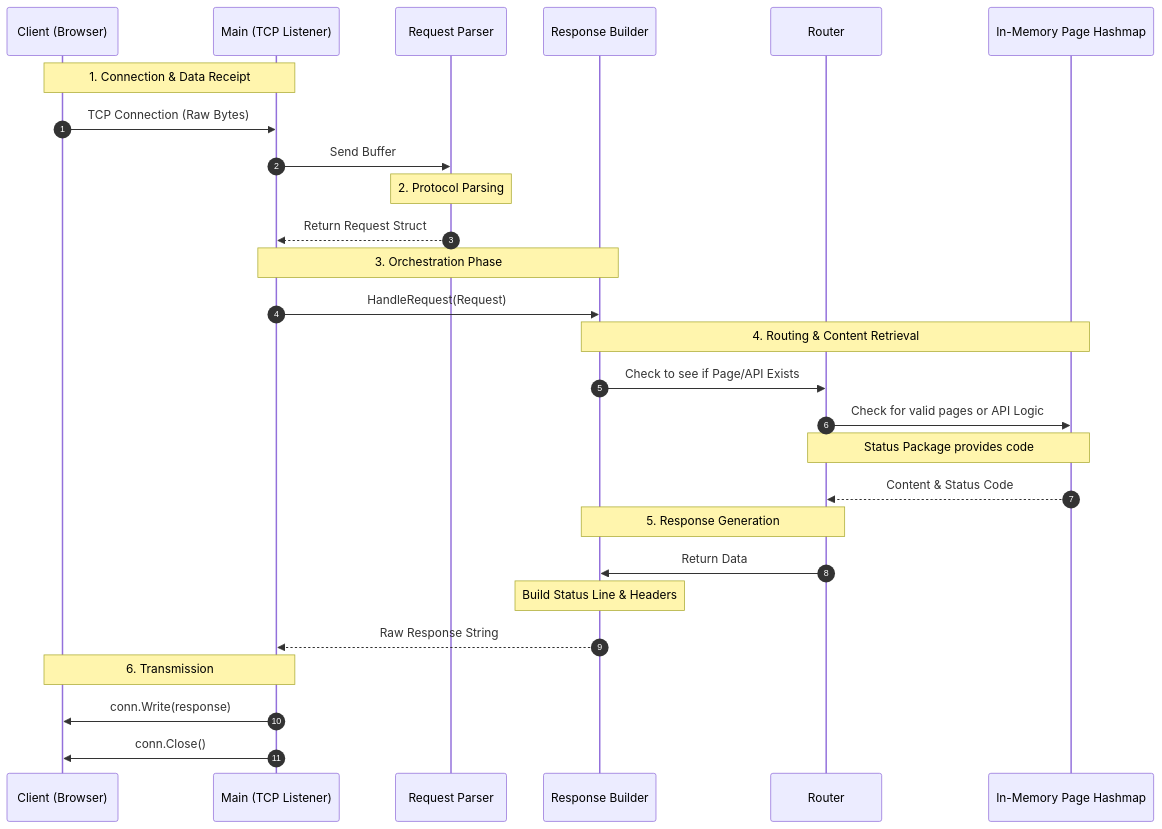
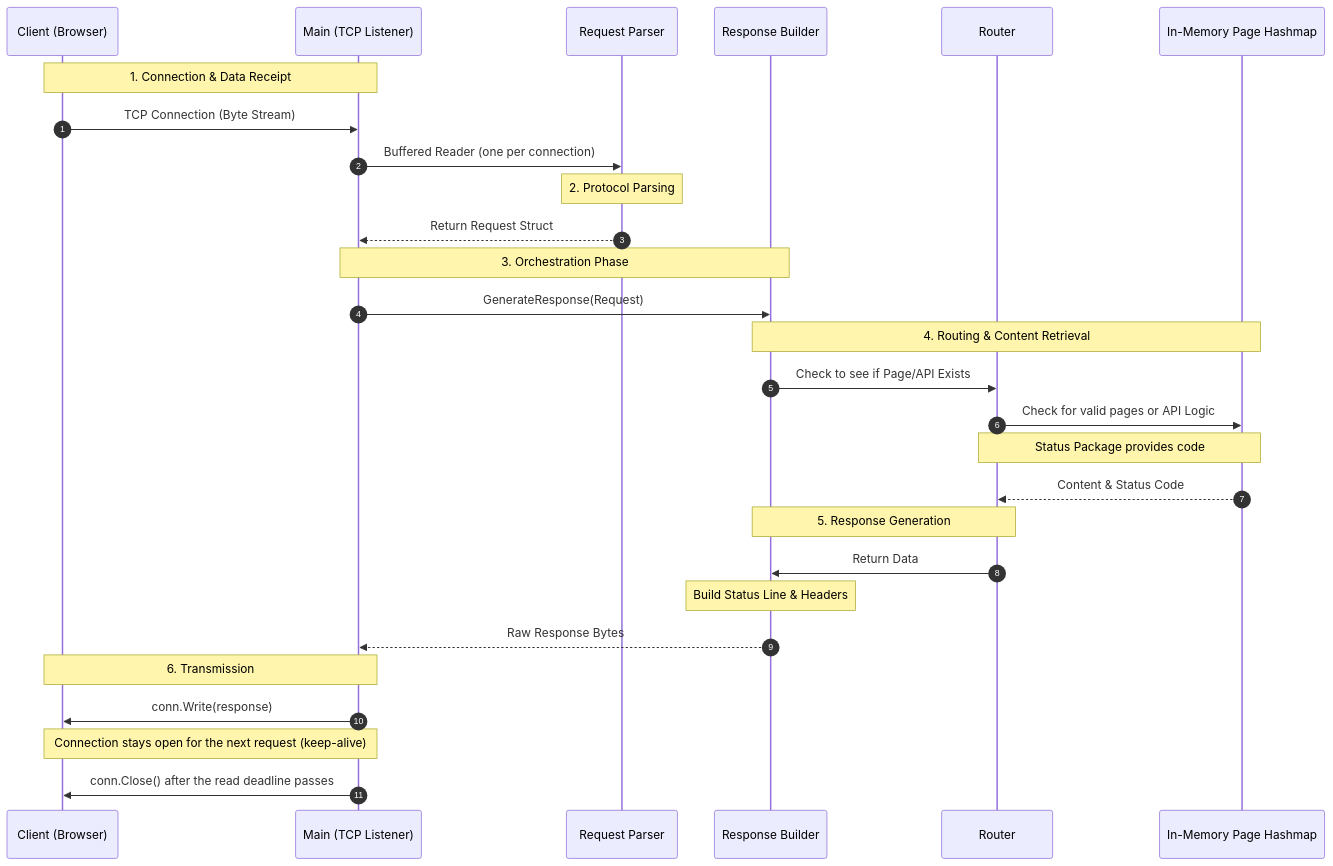
The first of 2 diagrams in README.md (Douty/HTTP_SERVER), drawn with Mermaid before and after one commit. The commit also changed other lines of this file, not shown here.

````diff
--- a/README.md
+++ b/README.md
@@ -91,36 +92,37 @@
 ```mermaid
 sequenceDiagram
     autonumber
     participant Browser as Client (Browser)
     participant Main as Main (TCP Listener)
     participant Parser as Request Parser
     participant Resp as Response Builder
     participant Router as Router
     participant Pagemap as In-Memory Page Hashmap 
 
     Note over Browser, Main: 1. Connection & Data Receipt
-    Browser->>Main: TCP Connection (Raw Bytes)
-    Main->>Parser: Send Buffer 
+    Browser->>Main: TCP Connection (Byte Stream)
+    Main->>Parser: Buffered Reader (one per connection)
     
     Note over Parser: 2. Protocol Parsing
     Parser-->>Main: Return Request Struct
     
     Note over Main, Resp: 3. Orchestration Phase
-    Main->>Resp: HandleRequest(Request)
+    Main->>Resp: GenerateResponse(Request)
     
     Note over Resp, Pagemap: 4. Routing & Content Retrieval
     Resp->>Router: Check to see if Page/API Exists
     Router->>Pagemap: Check for valid pages or API Logic
     Note over Pagemap, Router: Status Package provides code
     Pagemap-->>Router: Content & Status Code
     
     Note over Router, Resp: 5. Response Generation
     Router->>Resp: Return Data
     Note over Resp: Build Status Line & Headers
-    Resp-->>Main: Raw Response String
+    Resp-->>Main: Raw Response Bytes
     
     Note over Main, Browser: 6. Transmission
     Main->>Browser: conn.Write(response)
-    Main->>Browser: conn.Close()
+    Note over Main, Browser: Connection stays open for the next request (keep-alive)
+    Main->>Browser: conn.Close() after the read deadline passes
 
 ```
````
